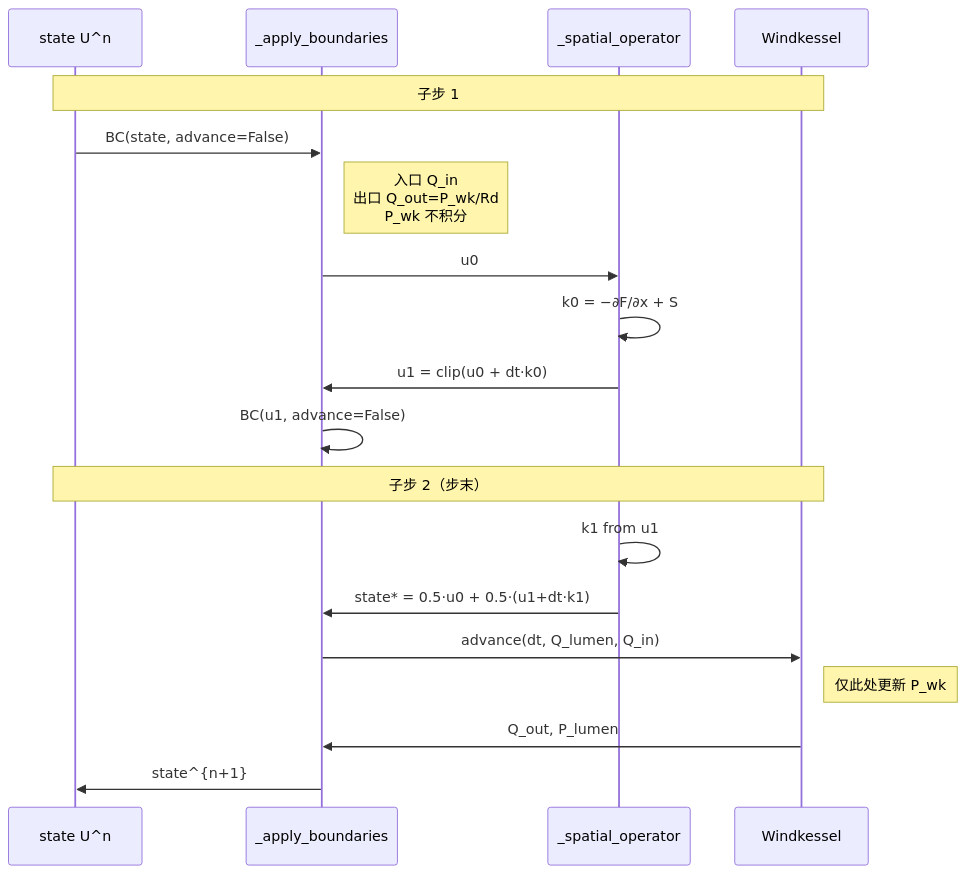
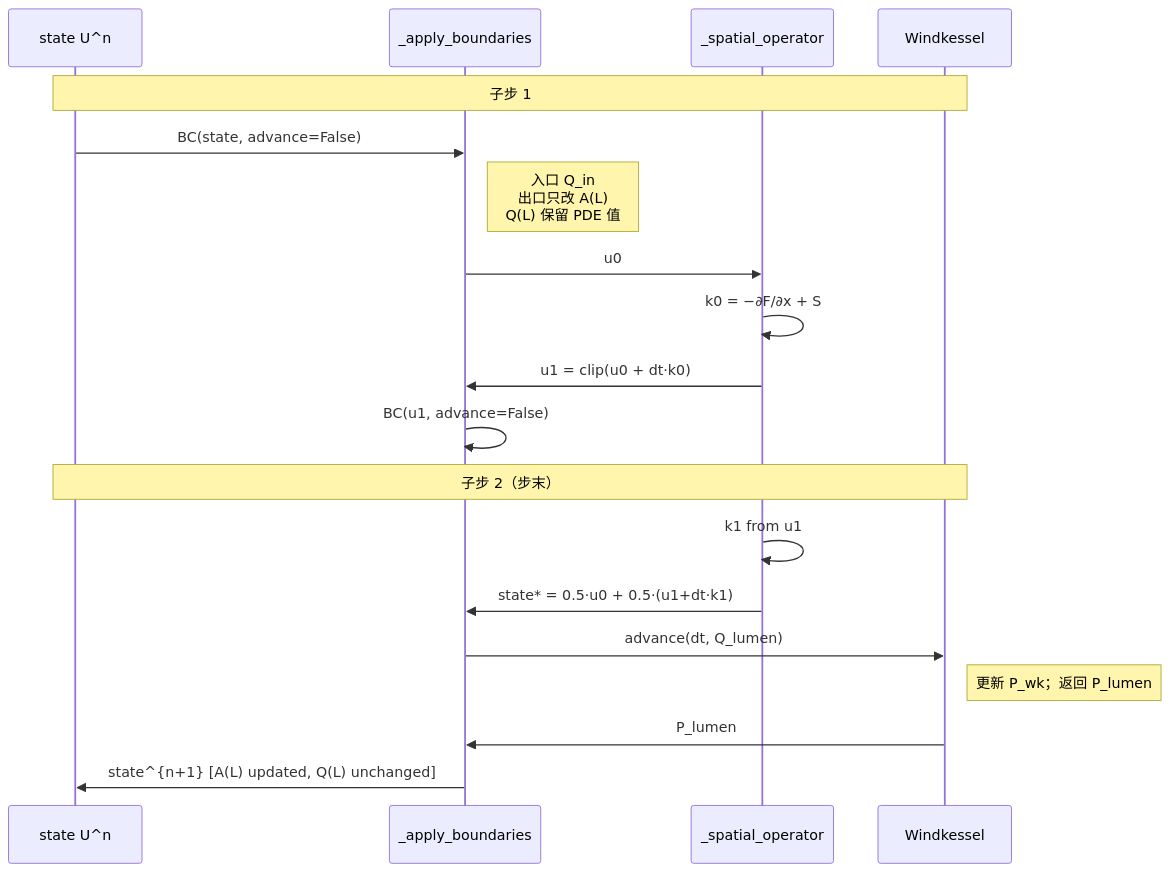
One commit to WZero98/Coronary_dynamic_simulation changed the third of 4 diagrams in docs/navier_stokes_1d.md. Above: the diagram before and after it, drawn with Mermaid. The commit also changed other lines of this file and 9 other files, not shown here.

````diff
--- a/docs/navier_stokes_1d.md
+++ b/docs/navier_stokes_1d.md
@@ -339,23 +428,23 @@
 ```mermaid
 sequenceDiagram
     participant S as state U^n
     participant BC as _apply_boundaries
     participant L as _spatial_operator
     participant WK as Windkessel
 
     Note over S,WK: 子步 1
     S->>BC: BC(state, advance=False)
-    Note right of BC: 入口 Q_in<br/>出口 Q_out=P_wk/Rd<br/>P_wk 不积分
+    Note right of BC: 入口 Q_in<br/>出口只改 A(L)<br/>Q(L) 保留 PDE 值
     BC->>L: u0
     L->>L: k0 = −∂F/∂x + S
     L->>BC: u1 = clip(u0 + dt·k0)
     BC->>BC: BC(u1, advance=False)
 
     Note over S,WK: 子步 2（步末）
     L->>L: k1 from u1
     L->>BC: state* = 0.5·u0 + 0.5·(u1+dt·k1)
-    BC->>WK: advance(dt, Q_lumen, Q_in)
-    Note right of WK: 仅此处更新 P_wk
-    WK->>BC: Q_out, P_lumen
-    BC->>S: state^{n+1}
+    BC->>WK: advance(dt, Q_lumen)
+    Note right of WK: 更新 P_wk；返回 P_lumen
+    WK->>BC: P_lumen
+    BC->>S: state^{n+1} [A(L) updated, Q(L) unchanged]
 ```
````
